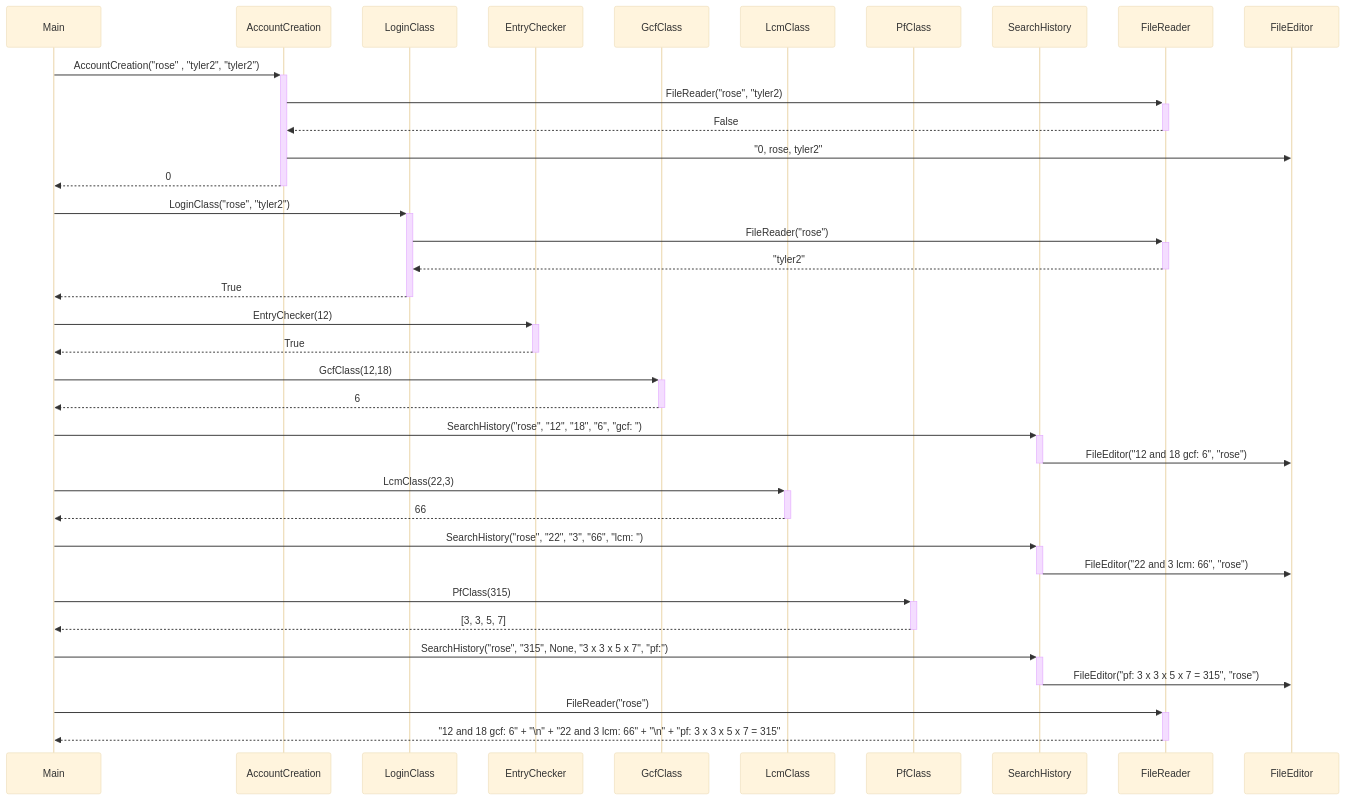
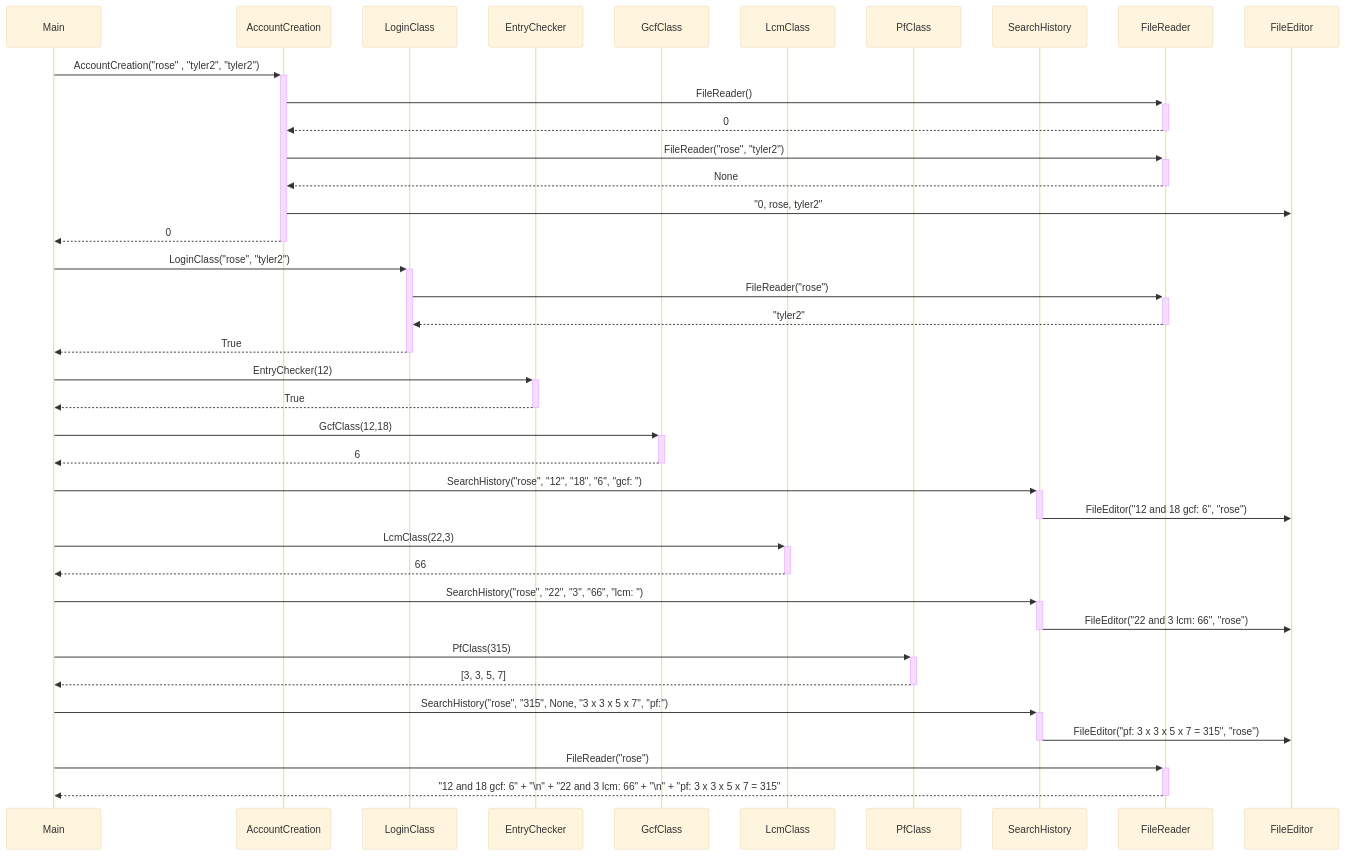
The second of 2 diagrams in dokumentaatio/arkkitehtuuri.md (SouperSalamander/ot-harjoitustyo), drawn with Mermaid (base theme) before and after one commit. The commit also changed other lines of this file, not shown here.

````diff
--- a/dokumentaatio/arkkitehtuuri.md
+++ b/dokumentaatio/arkkitehtuuri.md
@@ -72,49 +73,51 @@
 ```mermaid
 sequenceDiagram
   participant Main
   participant AccountCreation
   participant LoginClass
   participant EntryChecker
   participant GcfClass
   participant LcmClass
   participant PfClass
   participant SearchHistory
   participant FileReader
   participant FileEditor
 
   Main->>+AccountCreation: AccountCreation("rose" , "tyler2", "tyler2")
-  AccountCreation->>+FileReader: FileReader("rose", "tyler2)
-  FileReader-->>-AccountCreation: False
+  AccountCreation->>+FileReader: FileReader()
+  FileReader-->>-AccountCreation: 0
+  AccountCreation->>+FileReader: FileReader("rose", "tyler2")
+  FileReader-->>-AccountCreation: None
   AccountCreation->>FileEditor: "0, rose, tyler2"
   AccountCreation-->>-Main: 0
 
   Main->>+LoginClass: LoginClass("rose", "tyler2")
   LoginClass->>+FileReader: FileReader("rose")
   FileReader-->>-LoginClass: "tyler2"
   LoginClass-->>-Main: True
 
   Main->>+EntryChecker: EntryChecker(12)
   EntryChecker-->>-Main: True
 
   Main->>+GcfClass: GcfClass(12,18)
   GcfClass -->>-Main: 6
 
   Main->>+SearchHistory: SearchHistory("rose", "12", "18", "6", "gcf: ")
   SearchHistory->>-FileEditor: FileEditor("12 and 18 gcf: 6", "rose")
 
   Main->>+LcmClass: LcmClass(22,3)
   LcmClass -->>-Main: 66
 
   Main->>+SearchHistory: SearchHistory("rose", "22", "3", "66", "lcm: ")
   SearchHistory->>-FileEditor: FileEditor("22 and 3 lcm: 66", "rose")
 
   Main->>+PfClass: PfClass(315)
   PfClass -->>-Main: [3, 3, 5, 7]
 
   Main->>+SearchHistory: SearchHistory("rose", "315", None, "3 x 3 x 5 x 7", "pf:")
   SearchHistory->>-FileEditor: FileEditor("pf: 3 x 3 x 5 x 7 = 315", "rose")
 
   Main->>+FileReader: FileReader("rose")
   FileReader-->>-Main: "12 and 18 gcf: 6" + "\n" +  "22 and 3 lcm: 66" + "\n" + "pf: 3 x 3 x 5 x 7 = 315"
 
 ```
````
